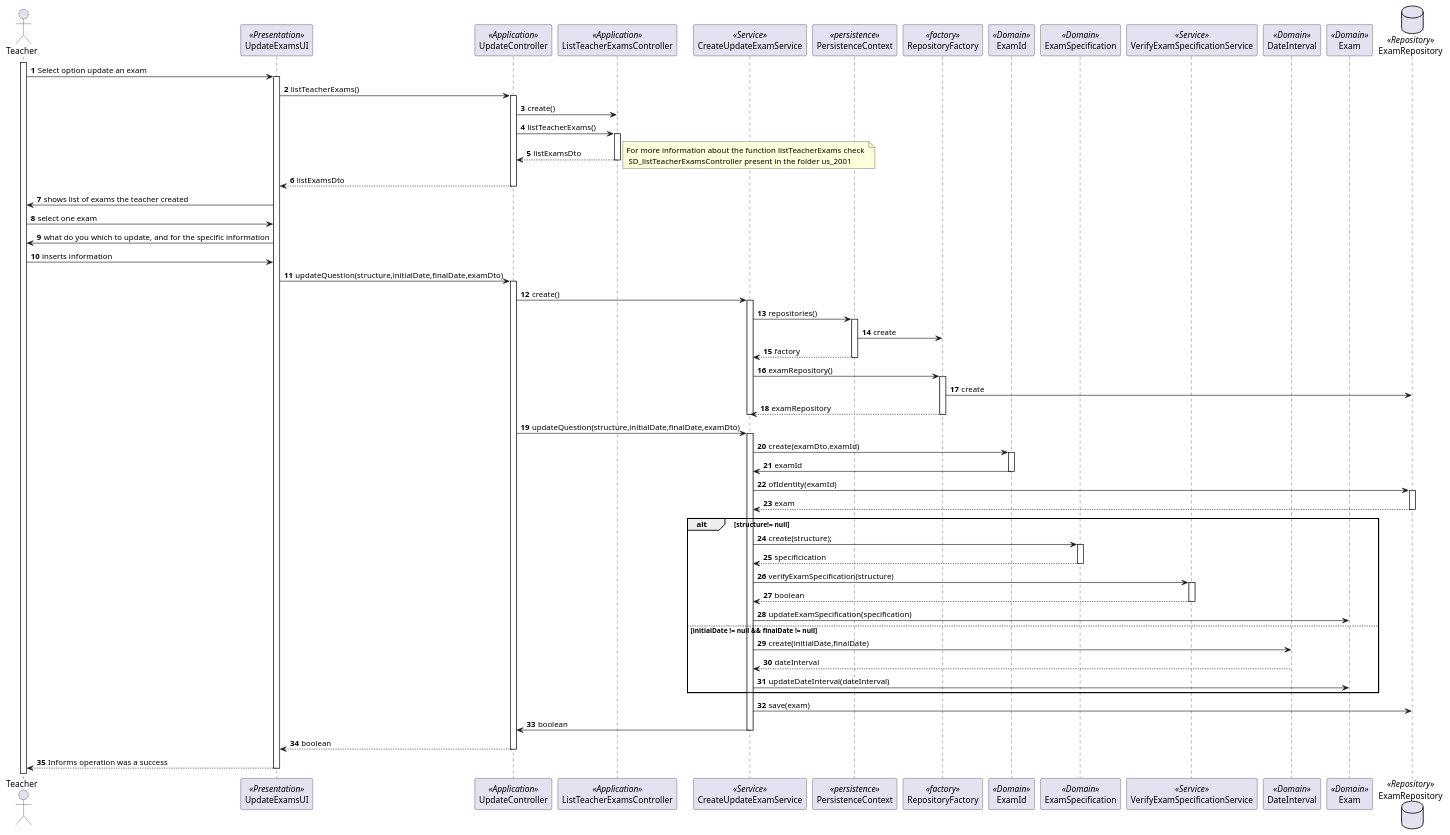
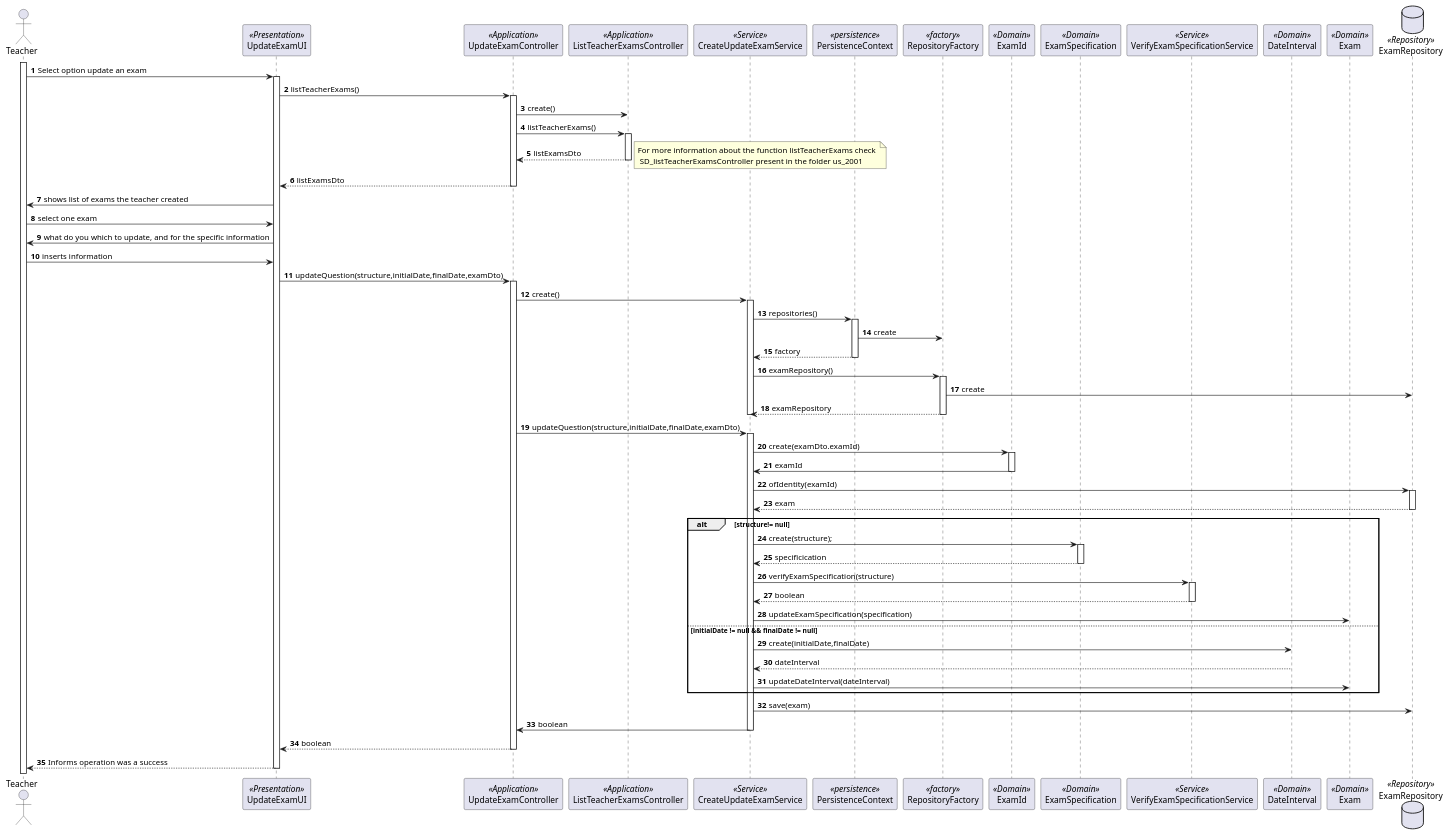
The diagram in docs/Sprint_B/us_2001/SD_UpdateExam.puml (Marco-Nobrega-Andrade/sem4pi_22_23), drawn with PlantUML before and after one commit. The commit also changed 5 other files, not shown here.

```diff
--- a/docs/Sprint_B/us_2001/SD_UpdateExam.puml
+++ b/docs/Sprint_B/us_2001/SD_UpdateExam.puml
@@ -1,99 +1,99 @@
 @startuml
 'https://plantuml.com/sequence-diagram
 
 autonumber
 
 actor "Teacher" as t
 
-participant "UpdateExamsUI" as ui <<Presentation>>
-participant "UpdateController" as ctrl <<Application>>
+participant "UpdateExamUI" as ui <<Presentation>>
+participant "UpdateExamController" as ctrl <<Application>>
 participant "ListTeacherExamsController" as ctrlList <<Application>>
 participant "CreateUpdateExamService" as service <<Service>>
 
 participant PersistenceContext as persistence <<persistence>>
 participant RepositoryFactory as repFactory <<factory>>
 
 participant "ExamId" as examId <<Domain>>
 participant "ExamSpecification" as spec <<Domain>>
 participant "VerifyExamSpecificationService" as verExam <<Service>>
 participant "DateInterval" as dateInterval <<Domain>>
 
 
 participant "Exam" as exam <<Domain>>
 database ExamRepository as examRep <<Repository>>
 
 activate t
 
 t->ui: Select option update an exam
 activate ui
 ui-> ctrl: listTeacherExams()
 activate ctrl
 ctrl -> ctrlList: create()
 ctrl -> ctrlList: listTeacherExams()
 activate ctrlList
 ctrlList --> ctrl: listExamsDto
 note right : For more information about the function listTeacherExams check \n SD_listTeacherExamsController present in the folder us_2001
 deactivate ctrlList
 ctrl --> ui: listExamsDto
 deactivate ctrl
 ui -> t: shows list of exams the teacher created
 t -> ui: select one exam
 ui -> t: what do you which to update, and for the specific information
 t-> ui: inserts information
 ui -> ctrl: updateQuestion(structure,initialDate,finalDate,examDto)
 activate ctrl
 ctrl -> service: create()
 activate service
 
 service -> persistence: repositories()
 activate persistence
 persistence -> repFactory: create
 persistence --> service: factory
 deactivate persistence
 service -> repFactory: examRepository()
 activate repFactory
 repFactory -> examRep: create
 repFactory --> service: examRepository
 deactivate repFactory
 deactivate service
 ctrl->service: updateQuestion(structure,initialDate,finalDate,examDto)
 
 
 activate service
 
 service -> examId: create(examDto.examId)
 activate examId
 examId -> service: examId
 deactivate examId
 
 service -> examRep: ofIdentity(examId)
 activate examRep
 examRep --> service: exam
 deactivate examRep
 
 
 
 alt structure!= null
 service -> spec: create(structure);
 activate spec
 spec --> service: specificication
 deactivate spec
 service -> verExam: verifyExamSpecification(structure)
 activate verExam
 verExam --> service: boolean
 deactivate verExam
 service -> exam: updateExamSpecification(specification)
 else initialDate != null && finalDate != null
 service -> dateInterval: create(initialDate,finalDate)
 dateInterval --> service: dateInterval
 service -> exam: updateDateInterval(dateInterval)
 end
 service -> examRep: save(exam)
 service -> ctrl : boolean
 deactivate service
 return boolean
 return Informs operation was a success
 
 
 
 @enduml
```
